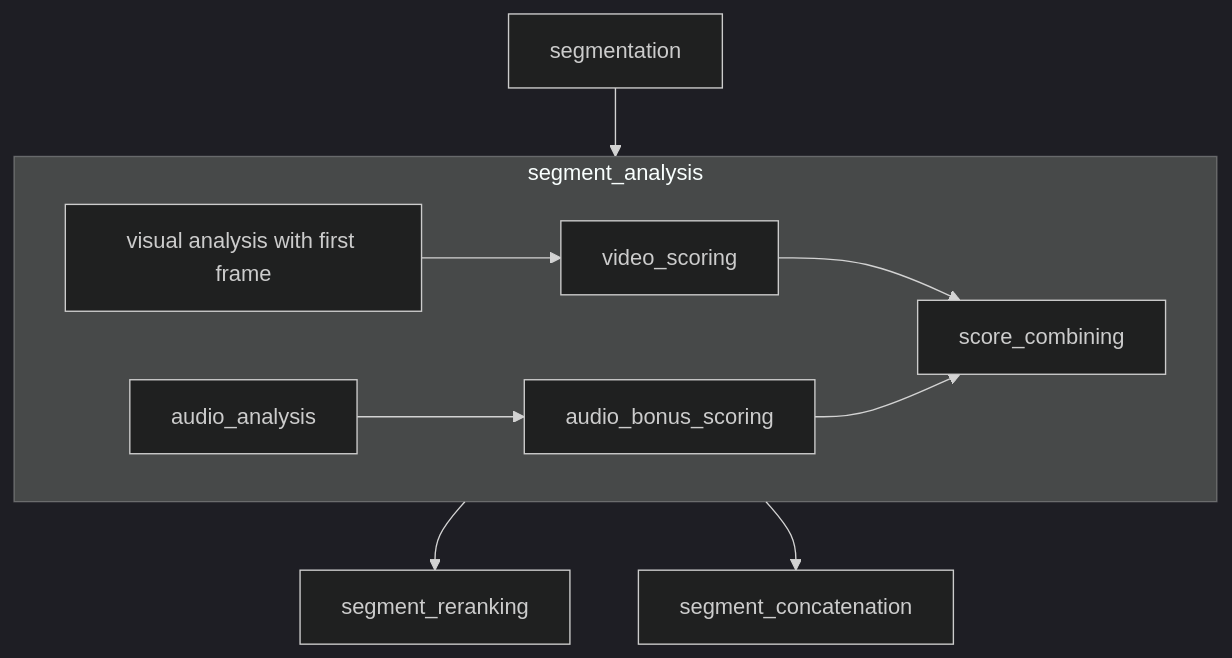
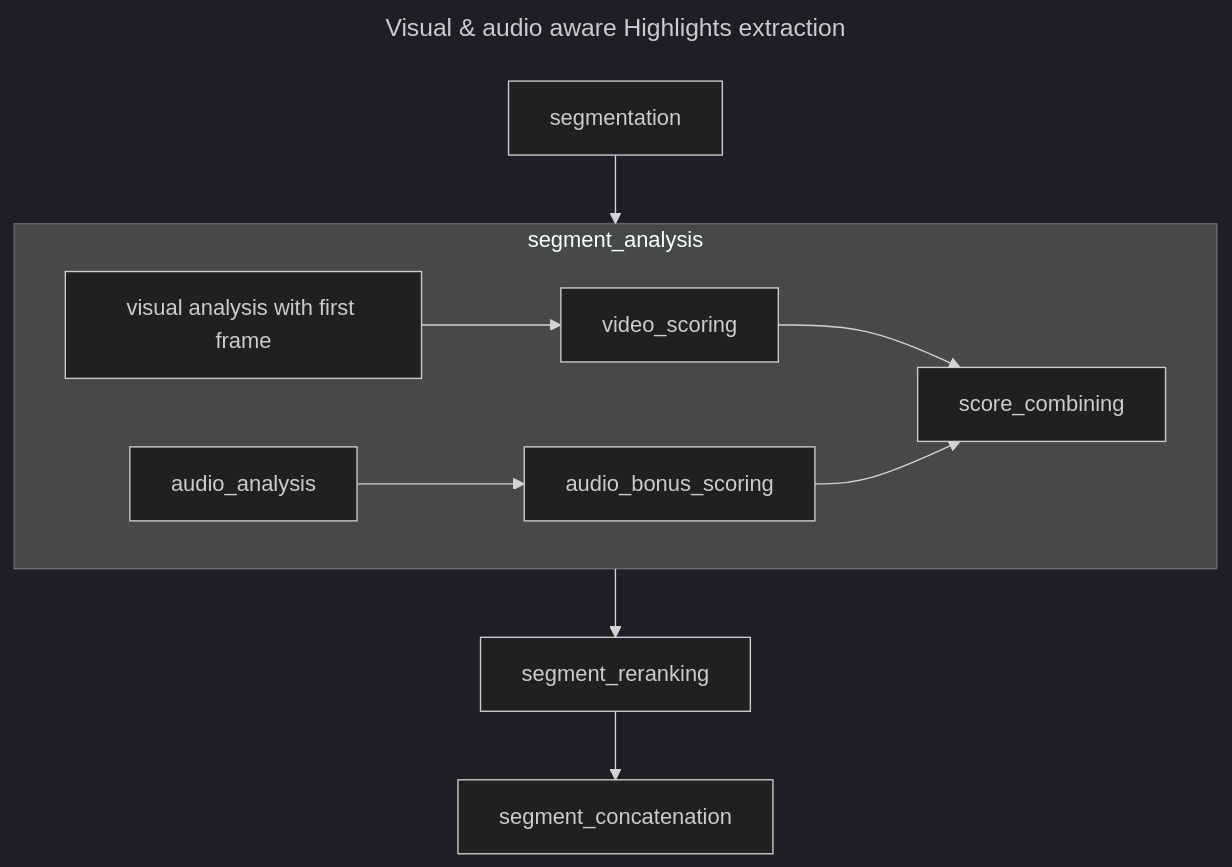
The third of 3 diagrams in agents.md (RobinQu/pandaclips), drawn with Mermaid (dark theme) before and after one commit. The commit also changed other lines of this file, not shown here.

````diff
--- a/agents.md
+++ b/agents.md
@@ -8,14 +488,17 @@
 ```mermaid
+---
+title: Visual & audio aware Highlights extraction
+---
 flowchart
     subgraph segment_analysis
         video_analysis[visual analysis with first frame]
         video_analysis --> video_scoring
         audio_analysis --> audio_bonus_scoring
         video_scoring --> score_combining
         audio_bonus_scoring --> score_combining
     end
     
     segmentation --> segment_analysis
     segment_analysis --> segment_reranking
-    segment_analysis --> segment_concatenation
+    segment_reranking --> segment_concatenation
 ```
````
